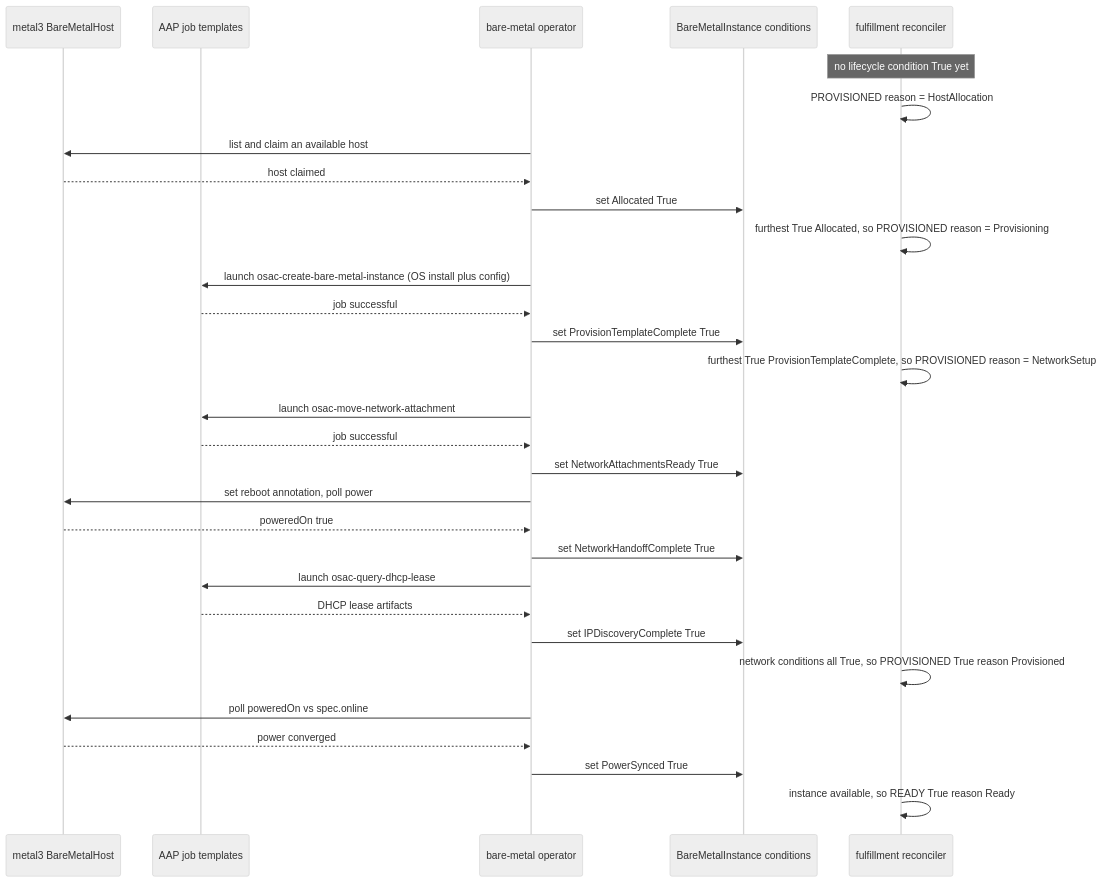
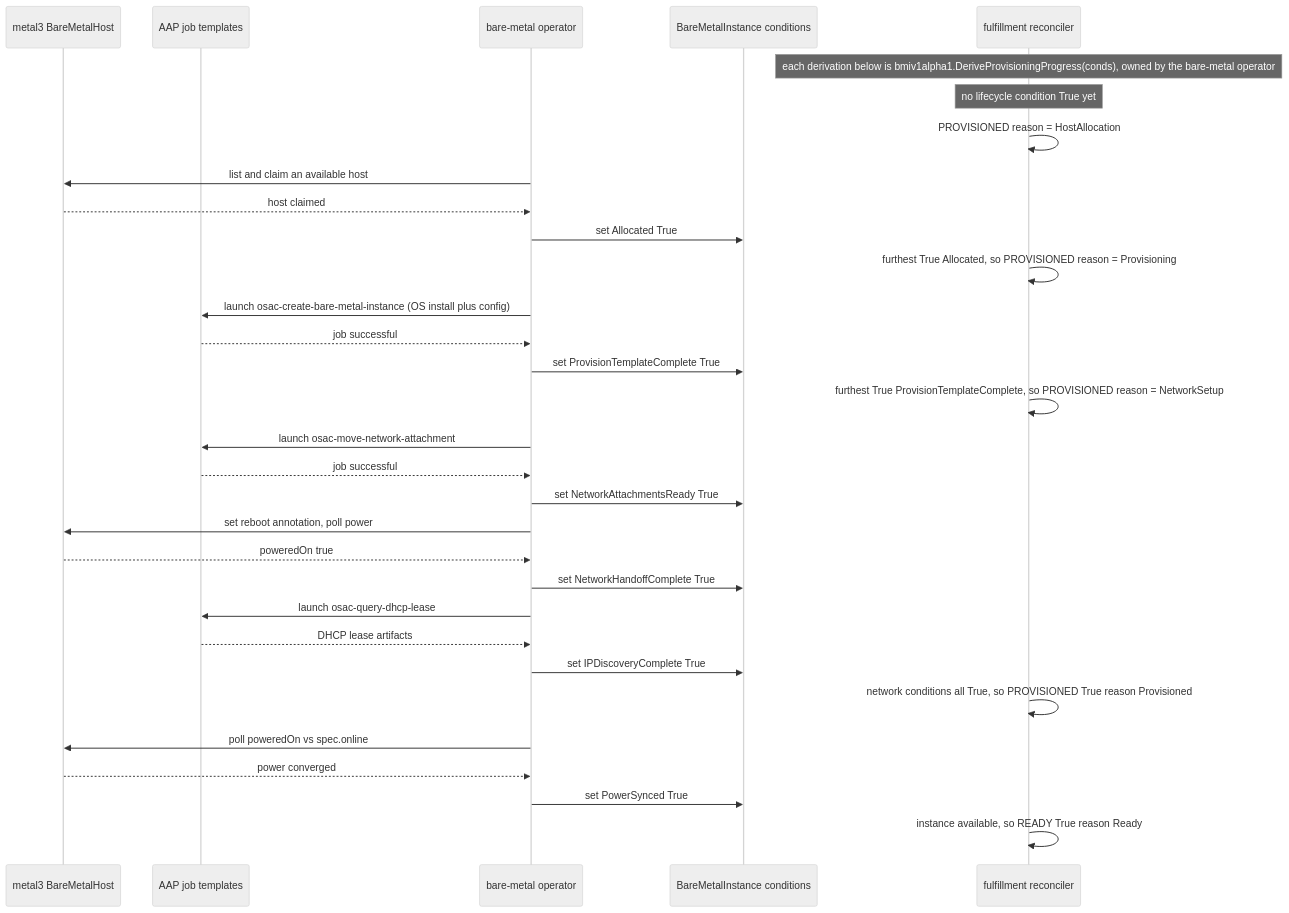
The second of 2 diagrams in enhancements/OSAC-3459-bmaas-provisioning-progress/design.md (osac-project/enhancement-proposals), drawn with Mermaid (neutral theme) before and after one commit. The commit also changed other lines of this file and 1 other file, not shown here.

First line of the commit message:
OSAC-3459: move BMaaS stage derivation to an operator-owned shared function

````diff
--- a/enhancements/OSAC-3459-bmaas-provisioning-progress/design.md
+++ b/enhancements/OSAC-3459-bmaas-provisioning-progress/design.md
@@ -417,37 +468,38 @@
 ```mermaid
 sequenceDiagram
     participant M3 as metal3 BareMetalHost
     participant AAP as AAP job templates
     participant Op as bare-metal operator
     participant CR as BareMetalInstance conditions
     participant Rec as fulfillment reconciler
 
+    Note over Rec: each derivation below is bmiv1alpha1.DeriveProvisioningProgress(conds), owned by the bare-metal operator
     Note over Rec: no lifecycle condition True yet
     Rec->>Rec: PROVISIONED reason = HostAllocation
 
     Op->>M3: list and claim an available host
     M3-->>Op: host claimed
     Op->>CR: set Allocated True
     Rec->>Rec: furthest True Allocated, so PROVISIONED reason = Provisioning
 
     Op->>AAP: launch osac-create-bare-metal-instance (OS install plus config)
     AAP-->>Op: job successful
     Op->>CR: set ProvisionTemplateComplete True
     Rec->>Rec: furthest True ProvisionTemplateComplete, so PROVISIONED reason = NetworkSetup
 
     Op->>AAP: launch osac-move-network-attachment
     AAP-->>Op: job successful
     Op->>CR: set NetworkAttachmentsReady True
     Op->>M3: set reboot annotation, poll power
     M3-->>Op: poweredOn true
     Op->>CR: set NetworkHandoffComplete True
     Op->>AAP: launch osac-query-dhcp-lease
     AAP-->>Op: DHCP lease artifacts
     Op->>CR: set IPDiscoveryComplete True
     Rec->>Rec: network conditions all True, so PROVISIONED True reason Provisioned
 
     Op->>M3: poll poweredOn vs spec.online
     M3-->>Op: power converged
     Op->>CR: set PowerSynced True
     Rec->>Rec: instance available, so READY True reason Ready
 ```
````
